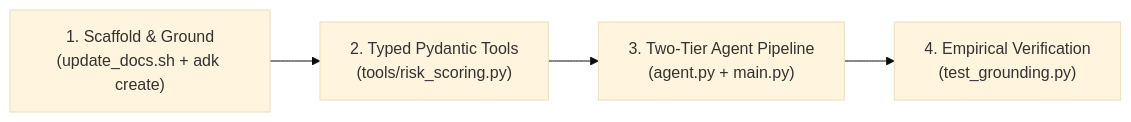
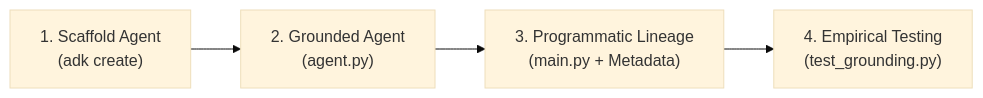
Before and after one commit to inderanz/google-adk-training: the diagram in training/module12-built-in-tools-grounding/lab.md, drawn with Mermaid (base theme). The commit also changed other lines of this file and 382 other files, not shown here.

````diff
--- a/training/module12-built-in-tools-grounding/lab.md
+++ b/training/module12-built-in-tools-grounding/lab.md
@@ -31,6 +25,6 @@
 ```mermaid
 flowchart LR
-    A["1. Scaffold & Ground<br/>(update_docs.sh + adk create)"] --> B["2. Typed Pydantic Tools<br/>(tools/risk_scoring.py)"]
-    B --> C["3. Two-Tier Agent Pipeline<br/>(agent.py + main.py)"]
-    C --> D["4. Empirical Verification<br/>(test_grounding.py)"]
+    A["1. Scaffold Agent<br/>(adk create)"] --> B["2. Grounded Agent<br/>(agent.py)"]
+    B --> C["3. Programmatic Lineage<br/>(main.py + Metadata)"]
+    C --> D["4. Empirical Testing<br/>(test_grounding.py)"]
 ```
````
